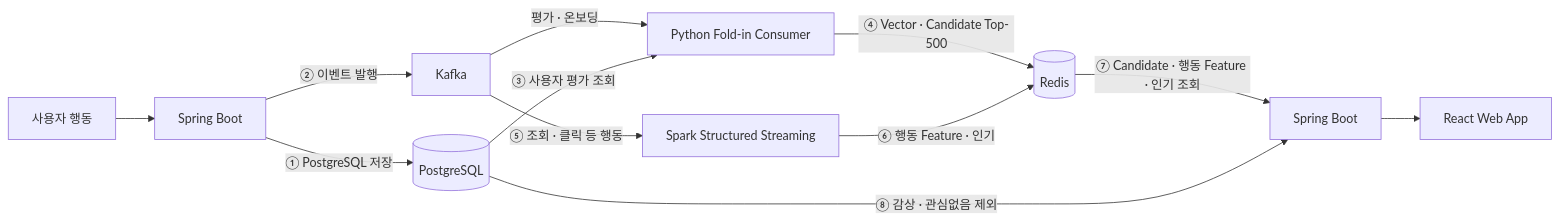
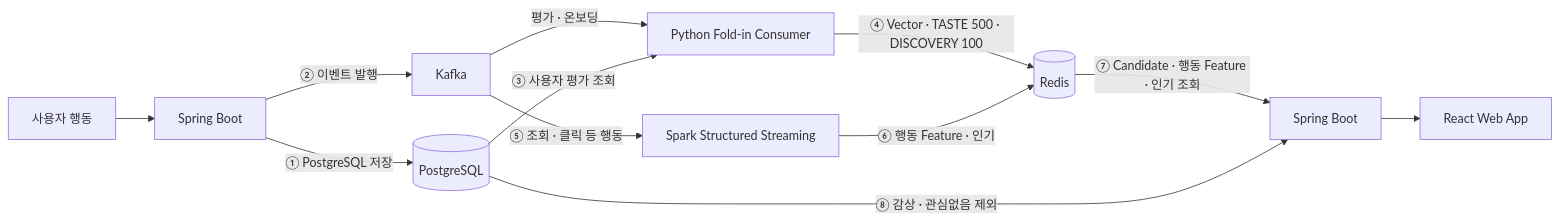
The diagram in docs/api/streaming-contract.md (koongya-studio/feelm), drawn with Mermaid before and after one commit. The commit also changed other lines of this file and 6 other files, not shown here.

````diff
--- a/docs/api/streaming-contract.md
+++ b/docs/api/streaming-contract.md
@@ -14,14 +14,14 @@
 ```mermaid
 flowchart LR
     U["사용자 행동"] --> BE1["Spring Boot"]
     BE1 -->|"① PostgreSQL 저장"| PG[("PostgreSQL")]
     BE1 -->|"② 이벤트 발행"| KF["Kafka"]
     KF -->|"평가 · 온보딩"| PC["Python Fold-in Consumer"]
     PG -->|"③ 사용자 평가 조회"| PC
-    PC -->|"④ Vector · Candidate Top-500"| RD[("Redis")]
+    PC -->|"④ Vector · TASTE 500 · DISCOVERY 100"| RD[("Redis")]
     KF -->|"⑤ 조회 · 클릭 등 행동"| SS["Spark Structured Streaming"]
     SS -->|"⑥ 행동 Feature · 인기"| RD
     RD -->|"⑦ Candidate · 행동 Feature · 인기 조회"| BE2["Spring Boot"]
     PG -->|"⑧ 감상 · 관심없음 제외"| BE2
     BE2 --> FE["React Web App"]
 ```
````
